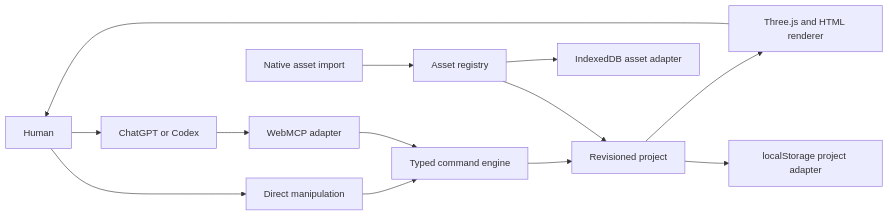
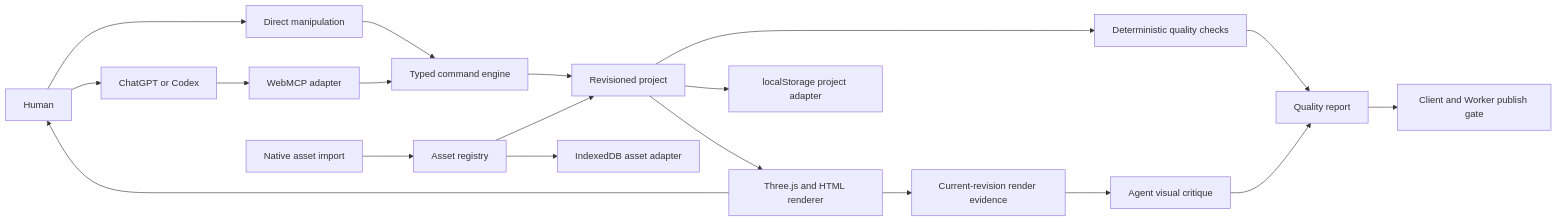
Before and after one commit to mike007jd/apertale: the diagram in docs/PRODUCT_ARCHITECTURE.md, drawn with Mermaid. The commit also changed other lines of this file and 61 other files, not shown here.

````diff
--- a/docs/PRODUCT_ARCHITECTURE.md
+++ b/docs/PRODUCT_ARCHITECTURE.md
@@ -79,15 +82,21 @@
 ```mermaid
 flowchart LR
     User[Human] --> Direct[Direct manipulation]
     User --> Host[ChatGPT or Codex]
     Host --> MCP[WebMCP adapter]
     Direct --> Commands[Typed command engine]
     MCP --> Commands
     Upload[Native asset import] --> Assets[Asset registry]
     Commands --> Project[Revisioned project]
     Assets --> Project
     Project --> Render[Three.js and HTML renderer]
+    Render --> Evidence[Current-revision render evidence]
+    Project --> Deterministic[Deterministic quality checks]
+    Evidence --> Visual[Agent visual critique]
+    Deterministic --> Gate[Quality report]
+    Visual --> Gate
+    Gate --> Publish[Client and Worker publish gate]
     Project --> Persist[localStorage project adapter]
     Assets --> AssetPersist[IndexedDB asset adapter]
     Render --> User
 ```
````
